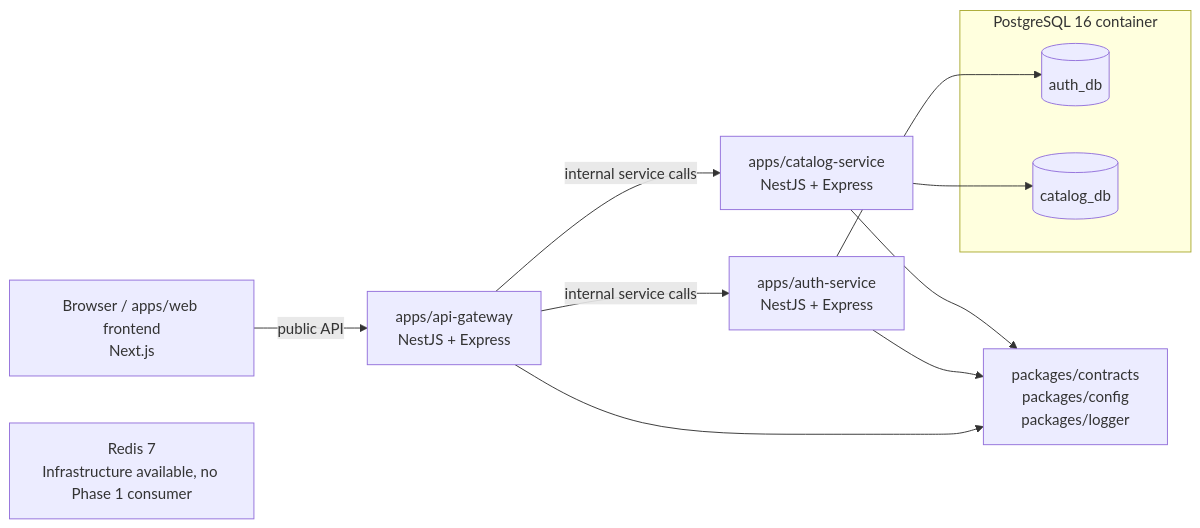
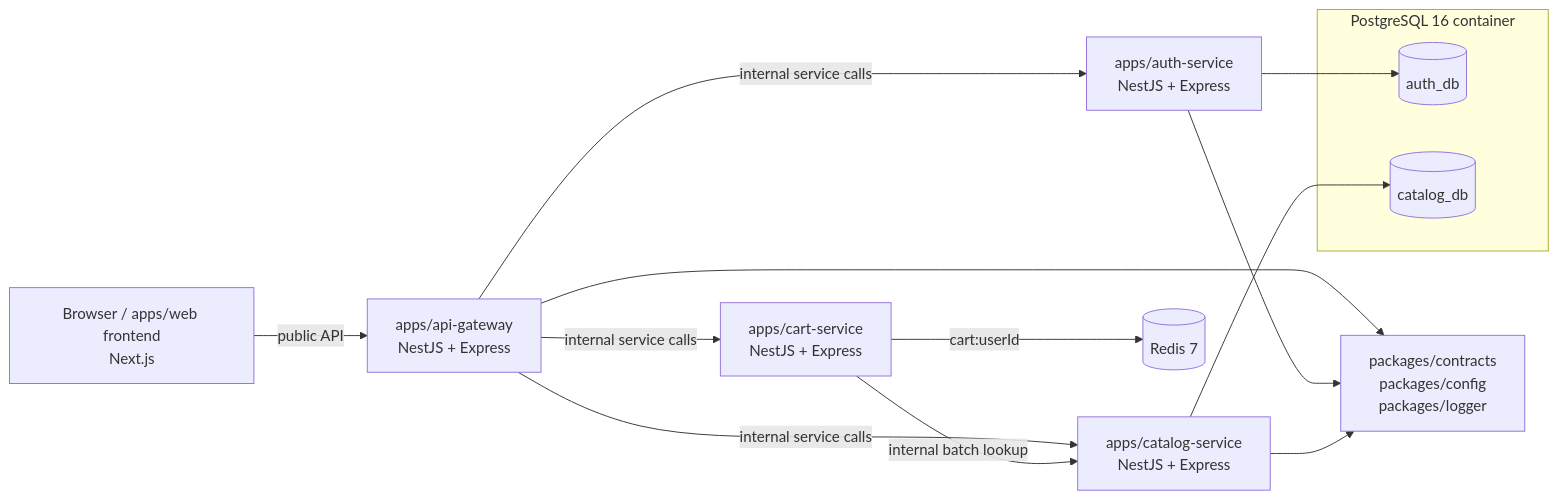
One commit to kevinsrb/NexoCommerce changed the diagram in README.md. Above: the diagram before and after it, drawn with Mermaid. The commit also changed other lines of this file and 2 other files, not shown here.

Commit message:
docs: document phase 2 cart architecture

````diff
--- a/README.md
+++ b/README.md
@@ -7,19 +7,21 @@
 ```mermaid
 flowchart LR
   Client[Browser / apps/web frontend\nNext.js] -->|public API| Gateway[apps/api-gateway\nNestJS + Express]
   Gateway -->|internal service calls| Auth[apps/auth-service\nNestJS + Express]
   Gateway -->|internal service calls| Catalog[apps/catalog-service\nNestJS + Express]
+  Gateway -->|internal service calls| Cart[apps/cart-service\nNestJS + Express]
+  Cart -->|cart:userId| Redis[(Redis 7)]
+  Cart -->|internal batch lookup| Catalog
 
   Gateway --> Shared[packages/contracts\npackages/config\npackages/logger]
   Auth --> Shared
   Catalog --> Shared
 
   subgraph Postgres[PostgreSQL 16 container]
     AuthDB[(auth_db)]
     CatalogDB[(catalog_db)]
   end
 
   Auth --> AuthDB
   Catalog --> CatalogDB
-  Redis[Redis 7\nInfrastructure available, no Phase 1 consumer]
 ```
````
